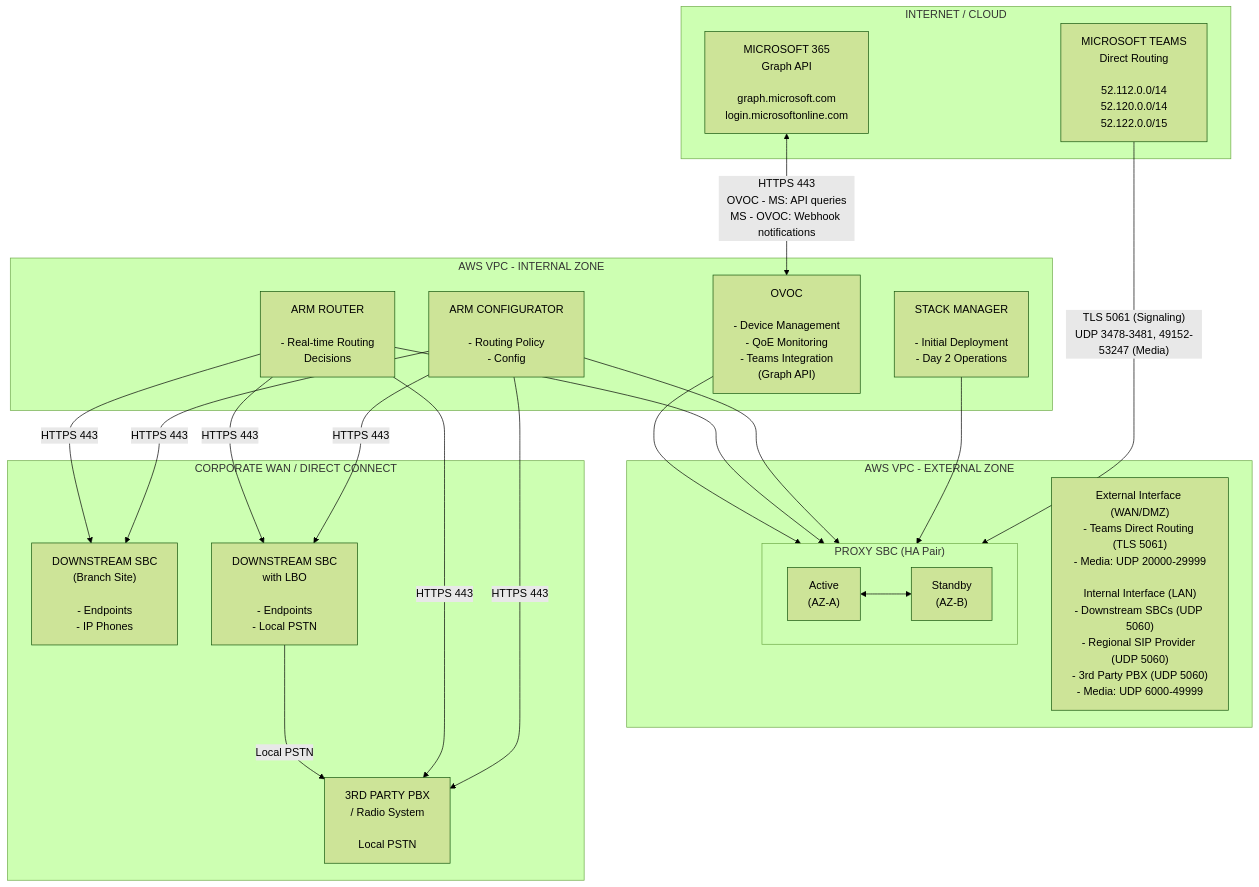
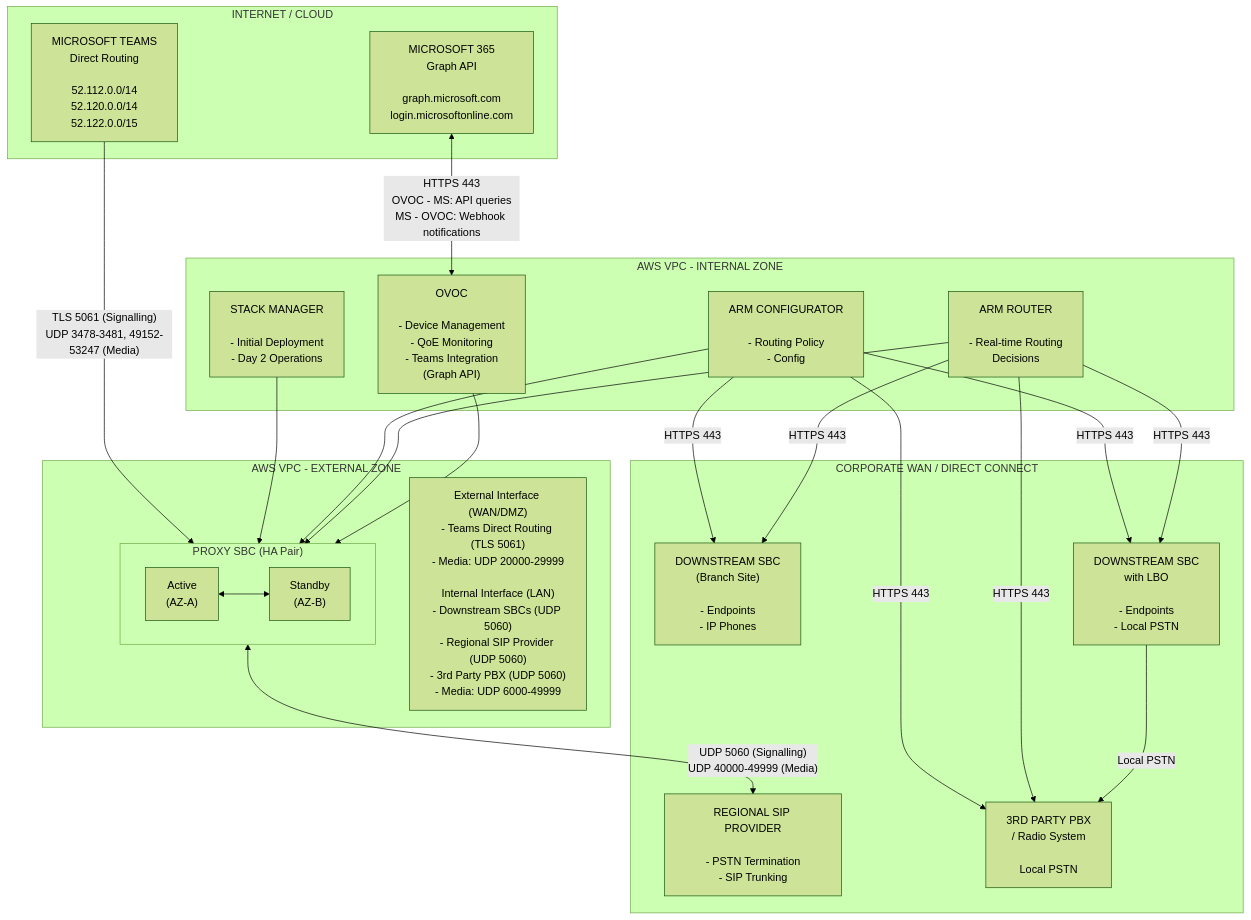
Diagram 12 of 26 in AudioCodes-AWS-Deployment-Guide.md (kevinsing999/public), drawn with Mermaid (forest theme) before and after one commit.

Commit message:
Add missing SIP Provider node and connection to D.1 diagram
The high-level architecture diagram was missing outbound connectivity
from the Proxy SBC to the Regional SIP Provider, despite the info
box referencing it. Added the node and bidirectional UDP 5060/media
connection.

````diff
--- a/AudioCodes-AWS-Deployment-Guide.md
+++ b/AudioCodes-AWS-Deployment-Guide.md
@@ -3290,46 +3290,49 @@
 ```mermaid
 flowchart TB
     subgraph Internet["INTERNET / CLOUD"]
         Teams["MICROSOFT TEAMS<br/>Direct Routing<br/><br/>52.112.0.0/14<br/>52.120.0.0/14<br/>52.122.0.0/15"]
         M365["MICROSOFT 365<br/>Graph API<br/><br/>graph.microsoft.com<br/>login.microsoftonline.com"]
     end
 
     subgraph ExternalZone["AWS VPC - EXTERNAL ZONE"]
         subgraph ProxySBC["PROXY SBC (HA Pair)"]
             Active["Active<br/>(AZ-A)"]
             Standby["Standby<br/>(AZ-B)"]
             Active <--> Standby
         end
         ProxySBCInfo["External Interface (WAN/DMZ)<br/>- Teams Direct Routing (TLS 5061)<br/>- Media: UDP 20000-29999<br/><br/>Internal Interface (LAN)<br/>- Downstream SBCs (UDP 5060)<br/>- Regional SIP Provider (UDP 5060)<br/>- 3rd Party PBX (UDP 5060)<br/>- Media: UDP 6000-49999"]
     end
 
     subgraph InternalZone["AWS VPC - INTERNAL ZONE"]
         StackMgr["STACK MANAGER<br/><br/>- Initial Deployment<br/>- Day 2 Operations"]
         ARMConfig["ARM CONFIGURATOR<br/><br/>- Routing Policy<br/>- Config"]
         ARMRouter["ARM ROUTER<br/><br/>- Real-time Routing<br/>  Decisions"]
         OVOC["OVOC<br/><br/>- Device Management<br/>- QoE Monitoring<br/>- Teams Integration<br/>  (Graph API)"]
     end
 
     subgraph CorpWAN["CORPORATE WAN / DIRECT CONNECT"]
+        SIPProvider["REGIONAL SIP PROVIDER<br/><br/>- PSTN Termination<br/>- SIP Trunking"]
         DownstreamSBC1["DOWNSTREAM SBC<br/>(Branch Site)<br/><br/>- Endpoints<br/>- IP Phones"]
         DownstreamSBC2["DOWNSTREAM SBC<br/>with LBO<br/><br/>- Endpoints<br/>- Local PSTN"]
         ThirdPartyPBX["3RD PARTY PBX<br/>/ Radio System<br/><br/>Local PSTN"]
     end
 
-    Teams -->|"TLS 5061 (Signaling)<br/>UDP 3478-3481, 49152-53247 (Media)"| ProxySBC
+    Teams -->|"TLS 5061 (Signalling)<br/>UDP 3478-3481, 49152-53247 (Media)"| ProxySBC
     M365 <-->|"HTTPS 443<br/>OVOC - MS: API queries<br/>MS - OVOC: Webhook notifications"| OVOC
 
     StackMgr --> ProxySBC
     ARMConfig --> ProxySBC
     ARMRouter --> ProxySBC
     OVOC --> ProxySBC
+
+    ProxySBC <-->|"UDP 5060 (Signalling)<br/>UDP 40000-49999 (Media)"| SIPProvider
 
     ARMConfig -->|"HTTPS 443"| DownstreamSBC1
     ARMConfig -->|"HTTPS 443"| DownstreamSBC2
     ARMRouter -->|"HTTPS 443"| DownstreamSBC1
     ARMRouter -->|"HTTPS 443"| DownstreamSBC2
     ARMConfig -->|"HTTPS 443"| ThirdPartyPBX
     ARMRouter -->|"HTTPS 443"| ThirdPartyPBX
 
     DownstreamSBC2 -->|"Local PSTN"| ThirdPartyPBX
 ```
````
